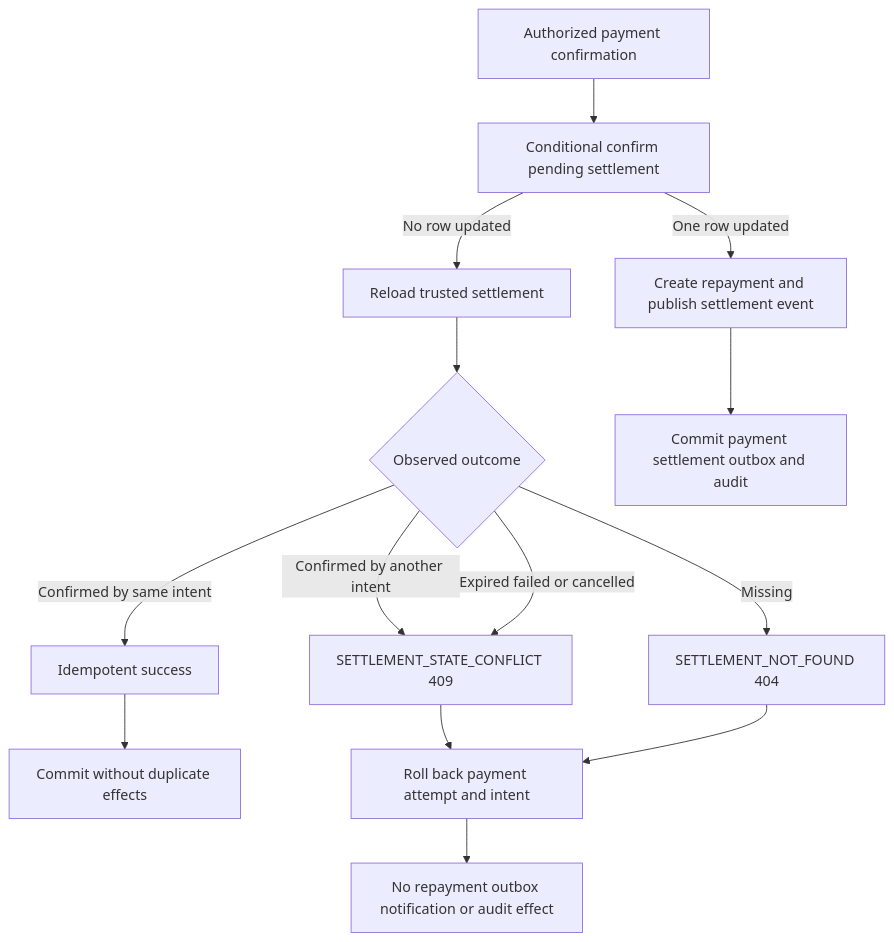
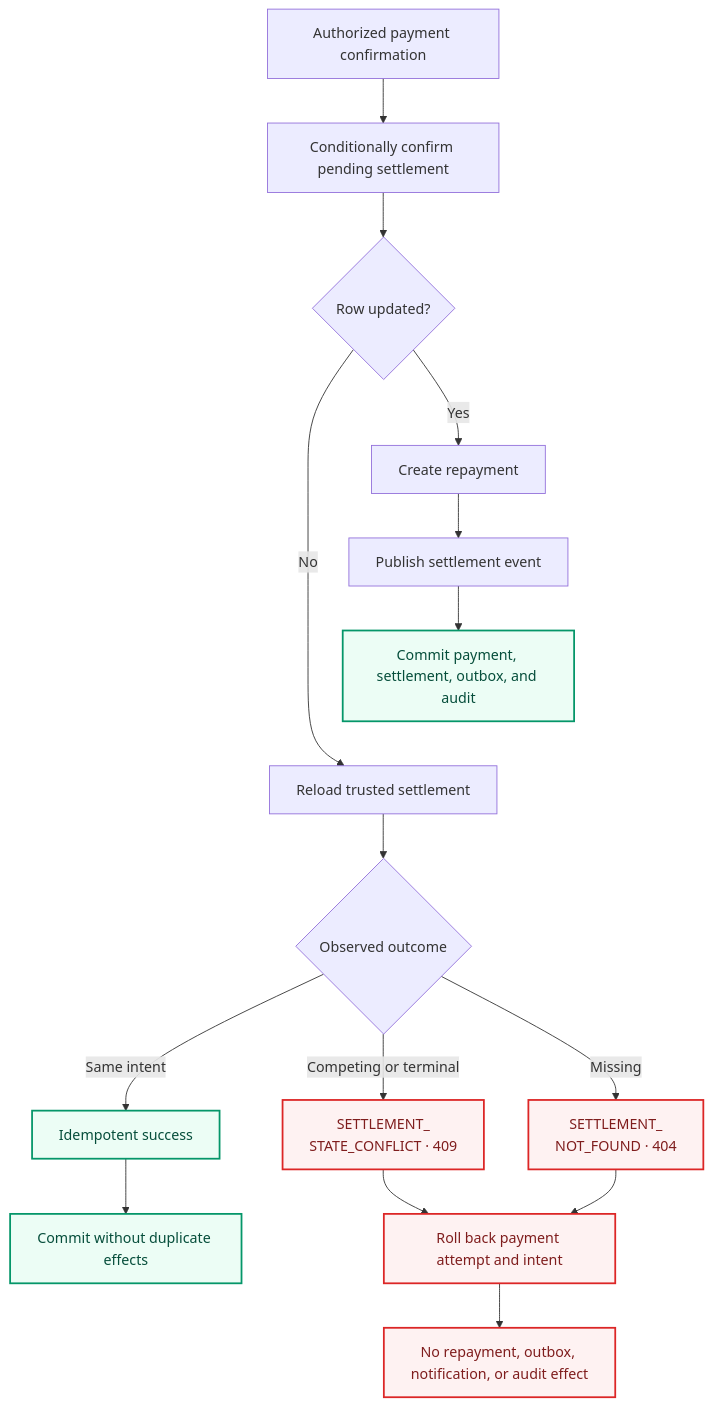
One commit to kundankumar7/optrabidz changed the diagram in docs/error-handling/work-items/KAN-37-settlement-error-migration/assets/settlement-confirmation-state.mmd. Above: the diagram before and after it, drawn with Mermaid. The commit also changed 8 other files, not shown here.

Commit message:
Improve settlement error diagrams (KAN-39)

```diff
--- a/docs/error-handling/work-items/KAN-37-settlement-error-migration/assets/settlement-confirmation-state.mmd
+++ b/docs/error-handling/work-items/KAN-37-settlement-error-migration/assets/settlement-confirmation-state.mmd
@@ -1,17 +1,28 @@
-flowchart TD
-    P[Authorized payment confirmation] --> U[Conditional confirm pending settlement]
-    U -->|One row updated| E[Create repayment and publish settlement event]
-    U -->|No row updated| R[Reload trusted settlement]
+flowchart TB
+    accTitle: Settlement confirmation concurrency outcomes
+    accDescr: An authorized confirmation conditionally confirms a pending settlement, creates effects once, and reloads zero-row outcomes to distinguish same-intent idempotency, competing state, and missing resources.
 
-    R --> C{Observed outcome}
-    C -->|Confirmed by same intent| I[Idempotent success]
-    C -->|Confirmed by another intent| X[SETTLEMENT_STATE_CONFLICT 409]
-    C -->|Expired failed or cancelled| X
-    C -->|Missing| N[SETTLEMENT_NOT_FOUND 404]
+    Confirmation["Authorized payment confirmation"] --> Transition["Conditionally confirm pending settlement"]
+    Transition --> Updated{"Row updated?"}
 
-    E --> M[Commit payment settlement outbox and audit]
-    I --> K[Commit without duplicate effects]
-    X --> B[Roll back payment attempt and intent]
-    N --> B
+    Updated -->|"Yes"| Repayment["Create repayment"]
+    Repayment --> Event["Publish settlement event"]
+    Event --> Commit["Commit payment, settlement, outbox, and audit"]
 
-    B --> Z[No repayment outbox notification or audit effect]
+    Updated -->|"No"| Reload["Reload trusted settlement"]
+    Reload --> Outcome{"Observed outcome"}
+    Outcome -->|"Same intent"| Idempotent["Idempotent success"]
+    Idempotent --> NoDuplicate["Commit without duplicate effects"]
+    Outcome -->|"Competing or terminal"| Conflict["SETTLEMENT_<br/>STATE_CONFLICT · 409"]
+    Outcome -->|"Missing"| NotFound["SETTLEMENT_<br/>NOT_FOUND · 404"]
+
+    Conflict --> Rollback["Roll back payment attempt and intent"]
+    NotFound --> Rollback
+    Rollback --> NoEffects["No repayment, outbox, notification, or audit effect"]
+
+    Commit ~~~ Reload
+
+    classDef error fill:#FEF2F2,stroke:#DC2626,color:#7F1D1D,stroke-width:2px
+    classDef success fill:#ECFDF5,stroke:#059669,color:#064E3B,stroke-width:2px
+    class Conflict,NotFound,Rollback,NoEffects error
+    class Commit,Idempotent,NoDuplicate success
```
